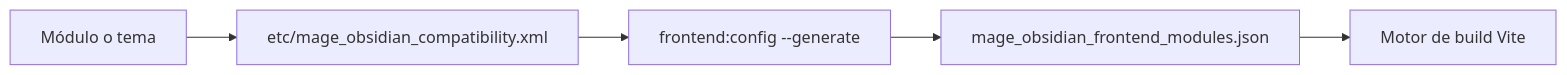
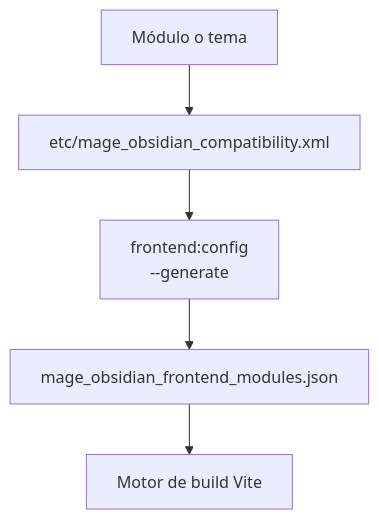
Before and after one commit to mage-obsidian/docs: the diagram in docs/why/index.es.md, drawn with Mermaid. The commit also changed 5 other files, not shown here.

Commit message:
docs: draw the longer flow diagrams top to bottom so their labels stay readable

````diff
--- a/docs/why/index.es.md
+++ b/docs/why/index.es.md
@@ -107,7 +107,7 @@
 ```mermaid
-flowchart LR
+flowchart TD
   A["Módulo o tema"] --> B["etc/mage_obsidian_compatibility.xml"]
-  B --> C["frontend:config --generate"]
+  B --> C["frontend:config<br>--generate"]
   C --> D["mage_obsidian_frontend_modules.json"]
   D --> E["Motor de build Vite"]
 ```
````
